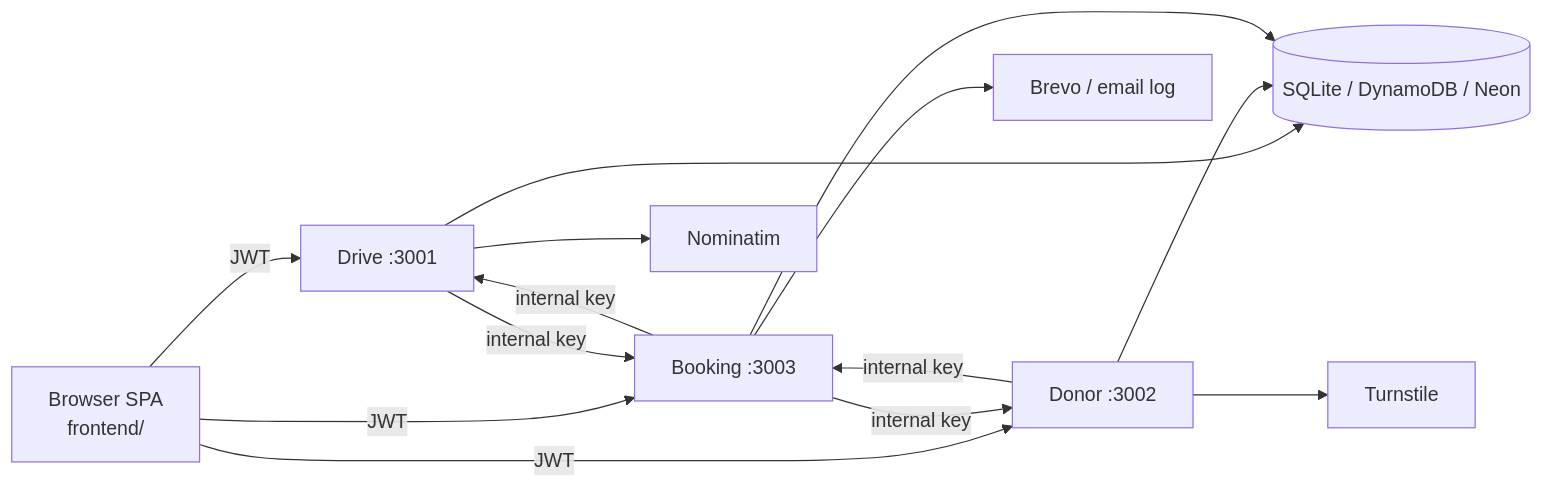
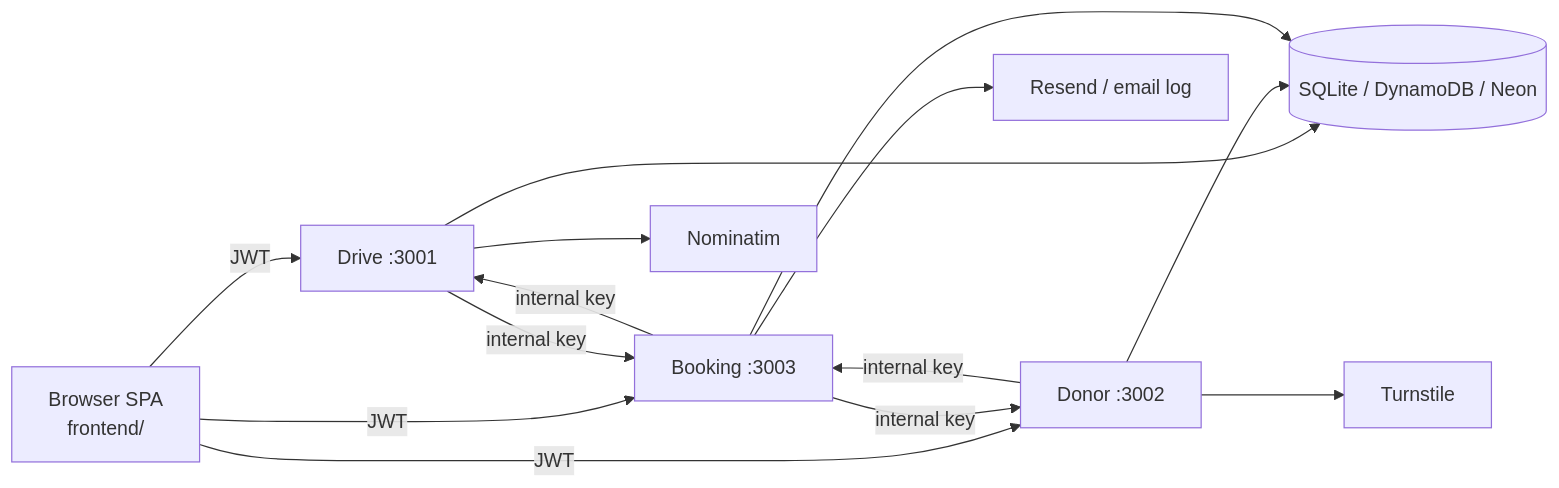
Before and after one commit to TasneemHazem10/blood_donation-cloud-: the diagram in FULL_PROJECT_GUIDE.md, drawn with Mermaid. The commit also changed other lines of this file and 26 other files, not shown here.

Commit message:
Enable Resend live email and Worker service bindings on public deployment

````diff
--- a/FULL_PROJECT_GUIDE.md
+++ b/FULL_PROJECT_GUIDE.md
@@ -25,16 +25,16 @@
 ```mermaid
 flowchart LR
   Browser["Browser SPA<br/>frontend/"] -->|"JWT"| Drive["Drive :3001"]
   Browser -->|"JWT"| Donor["Donor :3002"]
   Browser -->|"JWT"| Booking["Booking :3003"]
   Booking -->|"internal key"| Drive
   Booking -->|"internal key"| Donor
   Drive -->|"internal key"| Booking
   Donor -->|"internal key"| Booking
   Drive --> Store[("SQLite / DynamoDB / Neon")]
   Donor --> Store
   Booking --> Store
   Drive --> Nominatim["Nominatim"]
   Donor --> Turnstile["Turnstile"]
-  Booking --> Brevo["Brevo / email log"]
+  Booking --> Resend["Resend / email log"]
 ```
````
